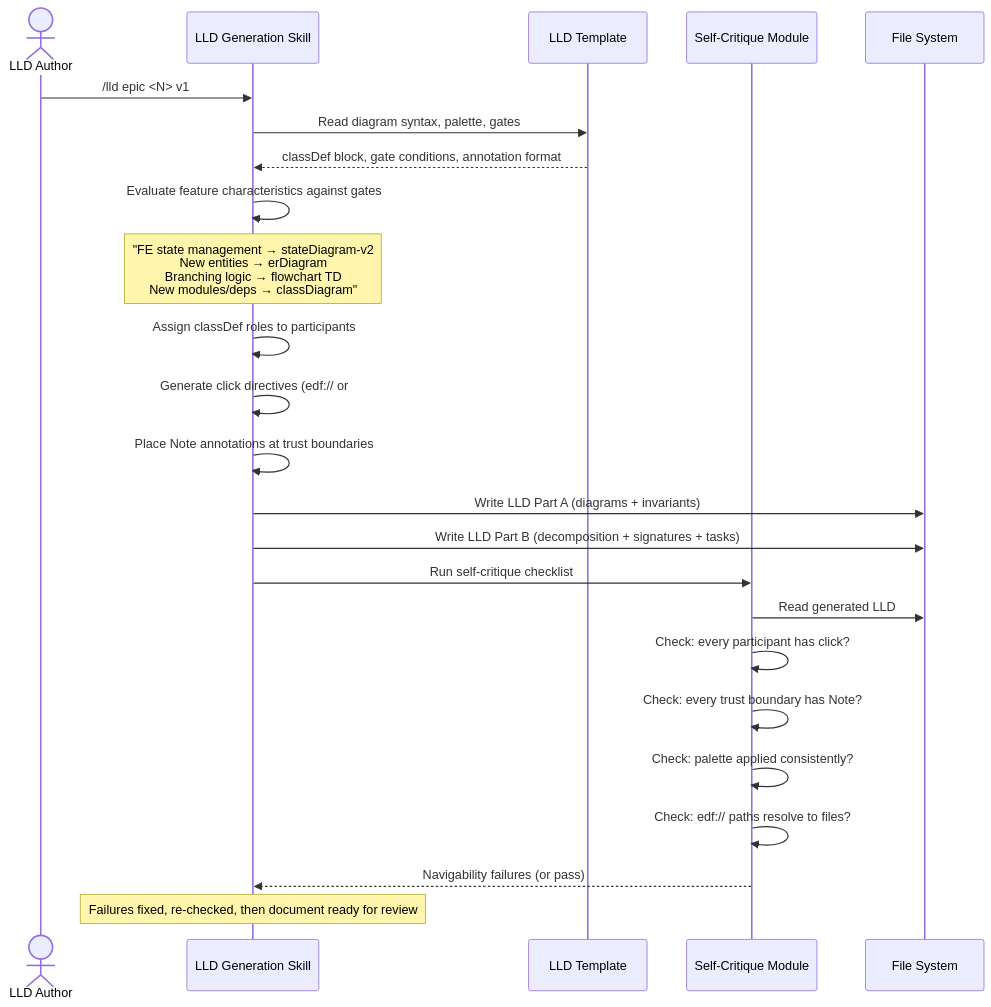
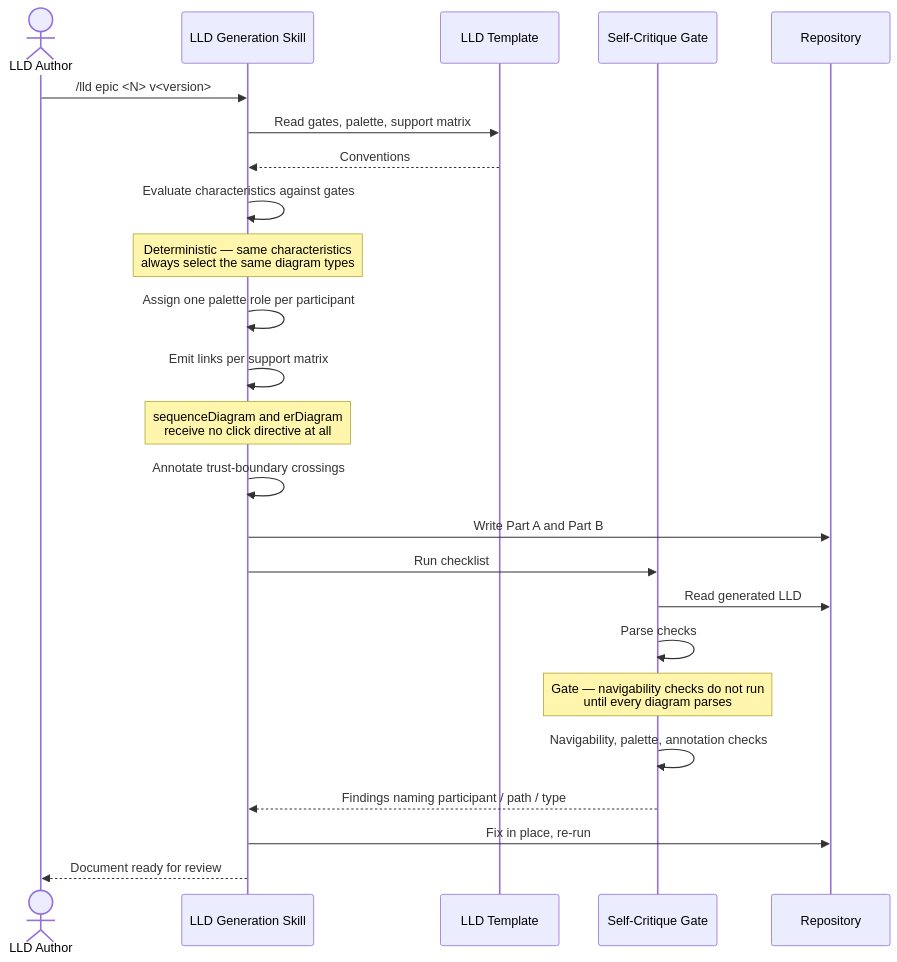
One commit to mironyx/engineering-delivery-framework changed the second of 5 diagrams in plugins/edf/docs/design/v1/v1-design.md. Above: the diagram before and after it, drawn with Mermaid. The commit also changed other lines of this file, not shown here.

First line of the commit message:
docs: HLD v1 rewrite — capabilities, components, interactions against requirements v1.1

````diff
--- a/plugins/edf/docs/design/v1/v1-design.md
+++ b/plugins/edf/docs/design/v1/v1-design.md
@@ -314,27 +386,27 @@
 ```mermaid
 sequenceDiagram
     actor Author as LLD Author
     participant Skill as LLD Generation Skill
     participant Template as LLD Template
-    participant Critique as Self-Critique Module
-    participant FS as File System
+    participant Critique as Self-Critique Gate
+    participant FS as Repository
 
-    Author->>Skill: /lld epic <N> v1
-    Skill->>Template: Read diagram syntax, palette, gates
-    Template-->>Skill: classDef block, gate conditions, annotation format
-    Skill->>Skill: Evaluate feature characteristics against gates
-    Note over Skill: "FE state management → stateDiagram-v2<br/>New entities → erDiagram<br/>Branching logic → flowchart TD<br/>New modules/deps → classDiagram"
-    Skill->>Skill: Assign classDef roles to participants
-    Skill->>Skill: Generate click directives (edf:// or #LLD-)
-    Skill->>Skill: Place Note annotations at trust boundaries
-    Skill->>FS: Write LLD Part A (diagrams + invariants)
-    Skill->>FS: Write LLD Part B (decomposition + signatures + tasks)
-    Skill->>Critique: Run self-critique checklist
+    Author->>Skill: /lld epic <N> v<version>
+    Skill->>Template: Read gates, palette, support matrix
+    Template-->>Skill: Conventions
+    Skill->>Skill: Evaluate characteristics against gates
+    Note over Skill: Deterministic — same characteristics<br/>always select the same diagram types
+    Skill->>Skill: Assign one palette role per participant
+    Skill->>Skill: Emit links per support matrix
+    Note over Skill: sequenceDiagram and erDiagram<br/>receive no click directive at all
+    Skill->>Skill: Annotate trust-boundary crossings
+    Skill->>FS: Write Part A and Part B
+    Skill->>Critique: Run checklist
     Critique->>FS: Read generated LLD
-    Critique->>Critique: Check: every participant has click?
-    Critique->>Critique: Check: every trust boundary has Note?
-    Critique->>Critique: Check: palette applied consistently?
-    Critique->>Critique: Check: edf:// paths resolve to files?
-    Critique-->>Skill: Navigability failures (or pass)
-    Note over Skill: Failures fixed, re-checked, then document ready for review
+    Critique->>Critique: Parse checks
+    Note over Critique: Gate — navigability checks do not run<br/>until every diagram parses
+    Critique->>Critique: Navigability, palette, annotation checks
+    Critique-->>Skill: Findings naming participant / path / type
+    Skill->>FS: Fix in place, re-run
+    Skill-->>Author: Document ready for review
 ```
````
